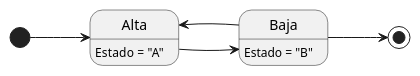
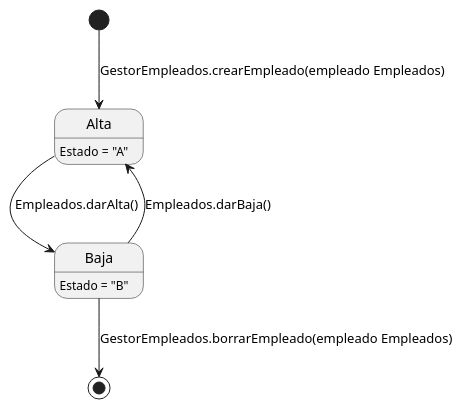
One commit to ZMGestion/DocumentacionZMGestion changed the first of 7 diagrams in DiagramasEstado/DiagramaDeEstado.puml. Above: the diagram before and after it, drawn with PlantUML. The commit also changed other lines of this file and 4 other files, not shown here.

Commit message:
Metodos en Diagrama de estados

```diff
--- a/DiagramasEstado/DiagramaDeEstado.puml
+++ b/DiagramasEstado/DiagramaDeEstado.puml
@@ -1,11 +1,11 @@
 @startuml empleados
 Alta: Estado = "A"
 Baja: Estado = "B"
 
-left to right direction
-[*] --> Alta
-Baja --> [*]
-Alta --> Baja
-Baja --> Alta
+top to bottom direction
+[*] --> Alta: GestorEmpleados.crearEmpleado(empleado Empleados)
+Baja --> [*]: GestorEmpleados.borrarEmpleado(empleado Empleados)
+Alta --> Baja: Empleados.darAlta()
+Baja --> Alta: Empleados.darBaja()
 
 @enduml
```
